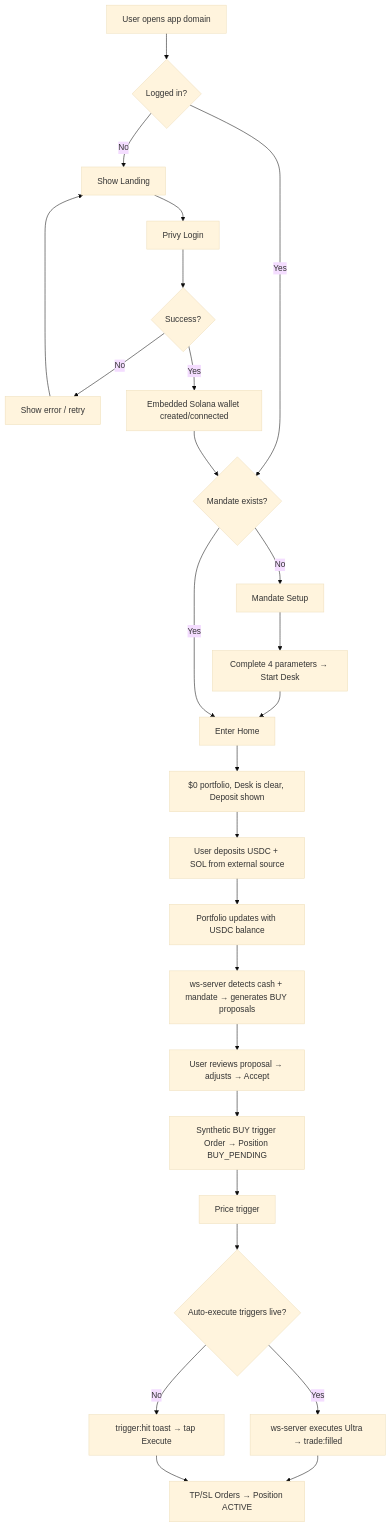
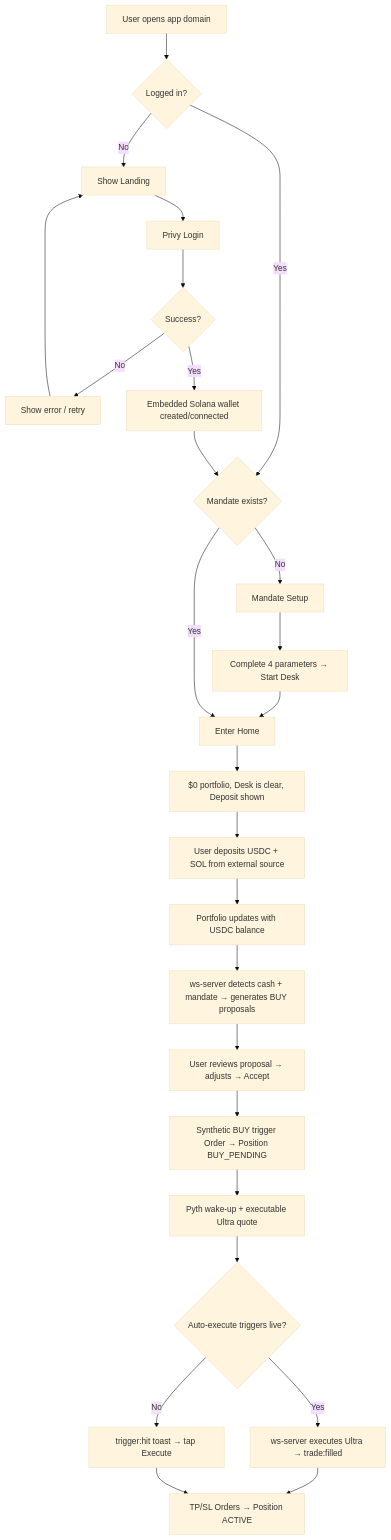
One commit to Omnis-Labs/tickr-ai changed the first of 7 diagrams in docs/screens-and-flows.md. Above: the diagram before and after it, drawn with Mermaid (base theme). The commit also changed other lines of this file and 9 other files, not shown here.

Commit message:
Document executable trigger semantics

````diff
--- a/docs/screens-and-flows.md
+++ b/docs/screens-and-flows.md
@@ -402,28 +402,28 @@
 ```mermaid
 flowchart TD
     A[User opens app domain] --> B{Logged in?}
     B -- No --> C[Show Landing]
     C --> D[Privy Login]
     D --> E{Success?}
     E -- No --> E1[Show error / retry]
     E1 --> C
     E -- Yes --> E2[Embedded Solana wallet created/connected]
     B -- Yes --> F{Mandate exists?}
     E2 --> F
     F -- No --> G[Mandate Setup]
     G --> H[Complete 4 parameters → Start Desk]
     H --> I[Enter Home]
     F -- Yes --> I
     I --> J[$0 portfolio, Desk is clear, Deposit shown]
     J --> K[User deposits USDC + SOL from external source]
     K --> L[Portfolio updates with USDC balance]
     L --> M[ws-server detects cash + mandate → generates BUY proposals]
     M --> N[User reviews proposal → adjusts → Accept]
     N --> O[Synthetic BUY trigger Order → Position BUY_PENDING]
-    O --> P[Price trigger]
+    O --> P[Pyth wake-up + executable Ultra quote]
     P --> P1{Auto-execute triggers live?}
     P1 -- Yes --> Q[ws-server executes Ultra → trade:filled]
     P1 -- No --> R[trigger:hit toast → tap Execute]
     Q --> S[TP/SL Orders → Position ACTIVE]
     R --> S
 ```
````
